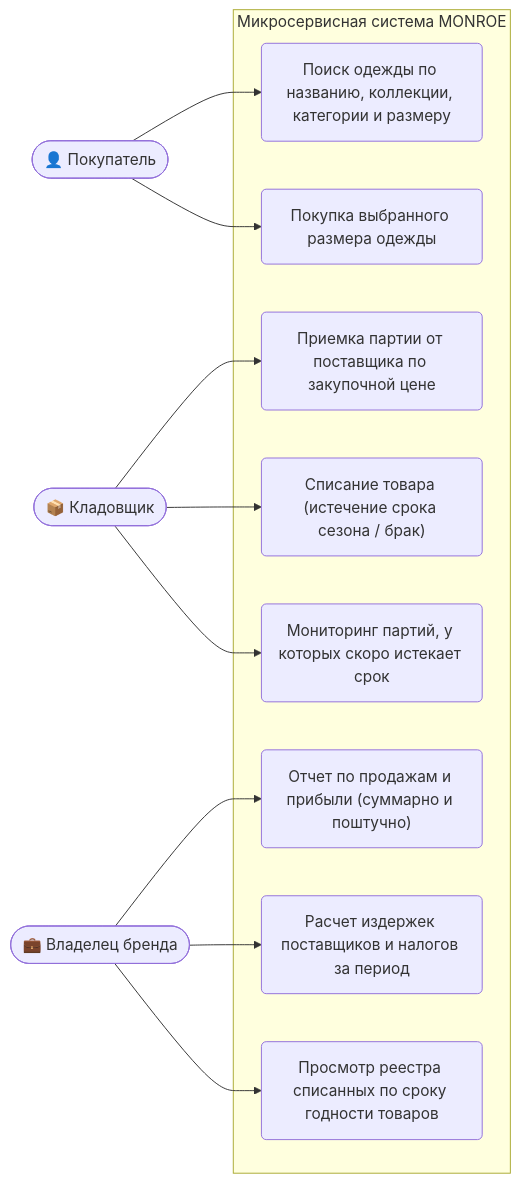
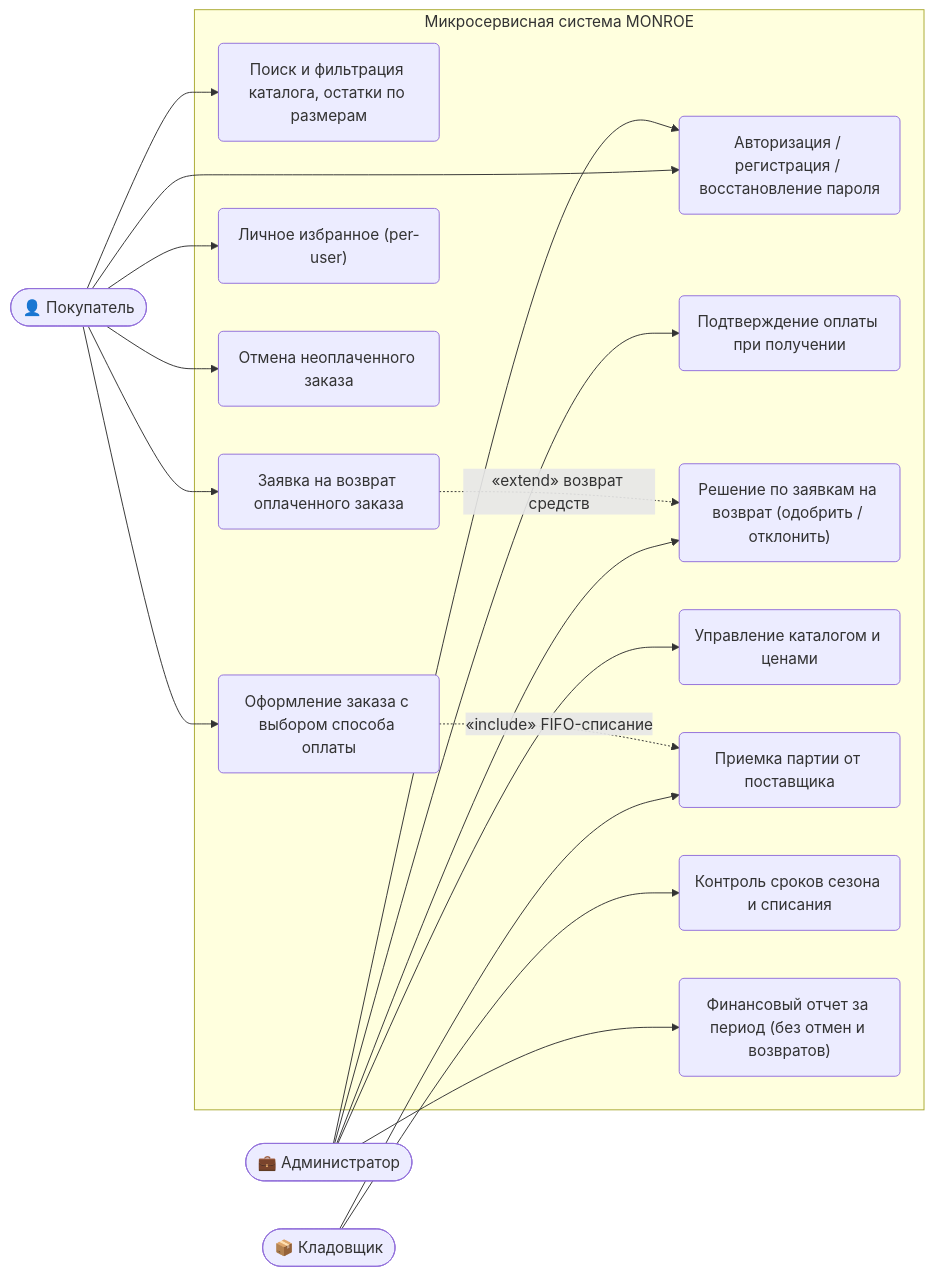
One commit to anya-gor/project2026 changed the second of 3 diagrams in docs/BUSINESS_REQUIREMENTS.md. Above: the diagram before and after it, drawn with Mermaid. The commit also changed other lines of this file and 2 other files, not shown here.

Commit message:
Docs: align with payment statuses, returns/refunds, personal favorites, MySQL schema and MONROE boutique context

````diff
--- a/docs/BUSINESS_REQUIREMENTS.md
+++ b/docs/BUSINESS_REQUIREMENTS.md
@@ -65,26 +122,37 @@
 ```mermaid
 flowchart LR
     Customer(["👤 Покупатель"])
+    Admin(["💼 Администратор"])
     Staff(["📦 Кладовщик"])
-    Admin(["💼 Владелец бренда"])
 
-    subgraph AURA_Wear ["Микросервисная система MONROE"]
-        U1("Поиск одежды по названию, коллекции, категории и размеру")
-        U2("Покупка выбранного размера одежды")
-        U3("Приемка партии от поставщика по закупочной цене")
-        U4("Списание товара (истечение срока сезона / брак)")
-        U5("Мониторинг партий, у которых скоро истекает срок")
-        U6("Отчет по продажам и прибыли (суммарно и поштучно)")
-        U7("Расчет издержек поставщиков и налогов за период")
-        U8("Просмотр реестра списанных по сроку годности товаров")
+    subgraph MONROE_System ["Микросервисная система MONROE"]
+        U1("Поиск и фильтрация каталога, остатки по размерам")
+        U2("Оформление заказа с выбором способа оплаты")
+        U3("Личное избранное (per-user)")
+        U4("Отмена неоплаченного заказа")
+        U5("Заявка на возврат оплаченного заказа")
+        U6("Авторизация / регистрация / восстановление пароля")
+        U7("Подтверждение оплаты при получении")
+        U8("Решение по заявкам на возврат (одобрить / отклонить)")
+        U9("Управление каталогом и ценами")
+        U10("Приемка партии от поставщика")
+        U11("Контроль сроков сезона и списания")
+        U12("Финансовый отчет за период (без отмен и возвратов)")
     end
 
     Customer --> U1
     Customer --> U2
-    Staff --> U3
-    Staff --> U4
-    Staff --> U5
+    Customer --> U3
+    Customer --> U4
+    Customer --> U5
+    Customer --> U6
     Admin --> U6
     Admin --> U7
     Admin --> U8
+    Admin --> U9
+    Staff --> U10
+    Staff --> U11
+    Admin --> U12
+    U2 -.->|"«include» FIFO-списание"| U10
+    U5 -.->|"«extend» возврат средств"| U8
 ```
````
